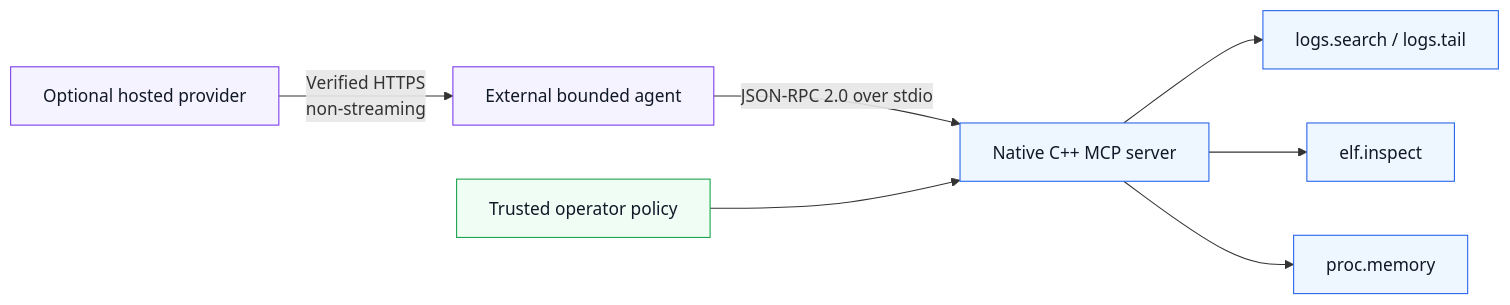
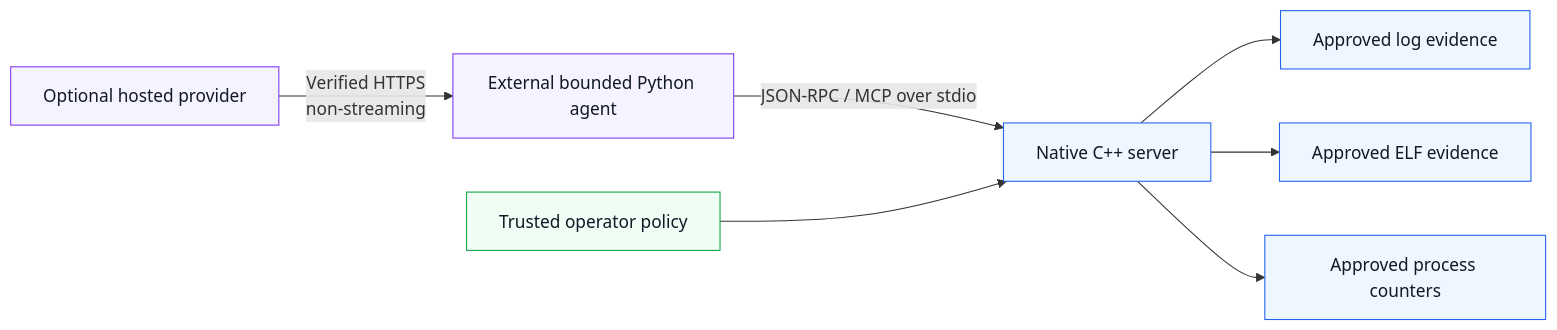
One commit to kabbersokhi-boop/native-mcp-sandbox changed the diagram in README.md. Above: the diagram before and after it, drawn with Mermaid. The commit also changed other lines of this file and 20 other files, not shown here.

````diff
--- a/README.md
+++ b/README.md
@@ -79,16 +93,16 @@
 ```mermaid
 flowchart LR
-    P[Optional hosted provider] -->|Verified HTTPS\nnon-streaming| A[External bounded agent]
-    A -->|JSON-RPC 2.0 over stdio| S[Native C++ MCP server]
+    P[Optional hosted provider] -->|Verified HTTPS\nnon-streaming| A[External bounded Python agent]
+    A -->|JSON-RPC / MCP over stdio| S[Native C++ server]
     O[Trusted operator policy] --> S
-    S --> L[logs.search / logs.tail]
-    S --> E[elf.inspect]
-    S --> M[proc.memory]
+    S --> L[Approved log evidence]
+    S --> E[Approved ELF evidence]
+    S --> M[Approved process counters]
 
     classDef native fill:#eef6ff,stroke:#2563eb,color:#111827;
     classDef agent fill:#f5f3ff,stroke:#7c3aed,color:#111827;
     classDef policy fill:#f0fdf4,stroke:#16a34a,color:#111827;
     class S,L,E,M native;
     class A,P agent;
     class O policy;
 ```
````
